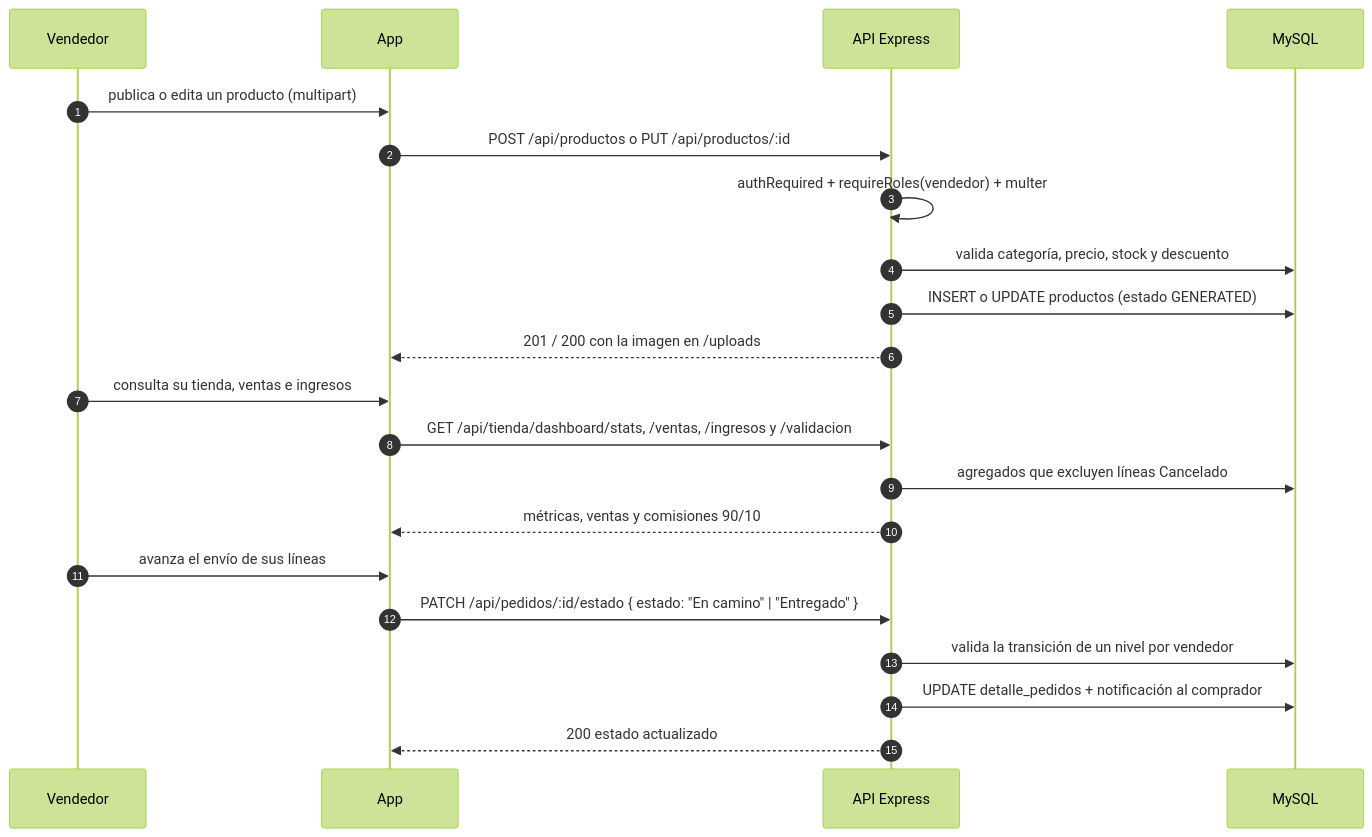
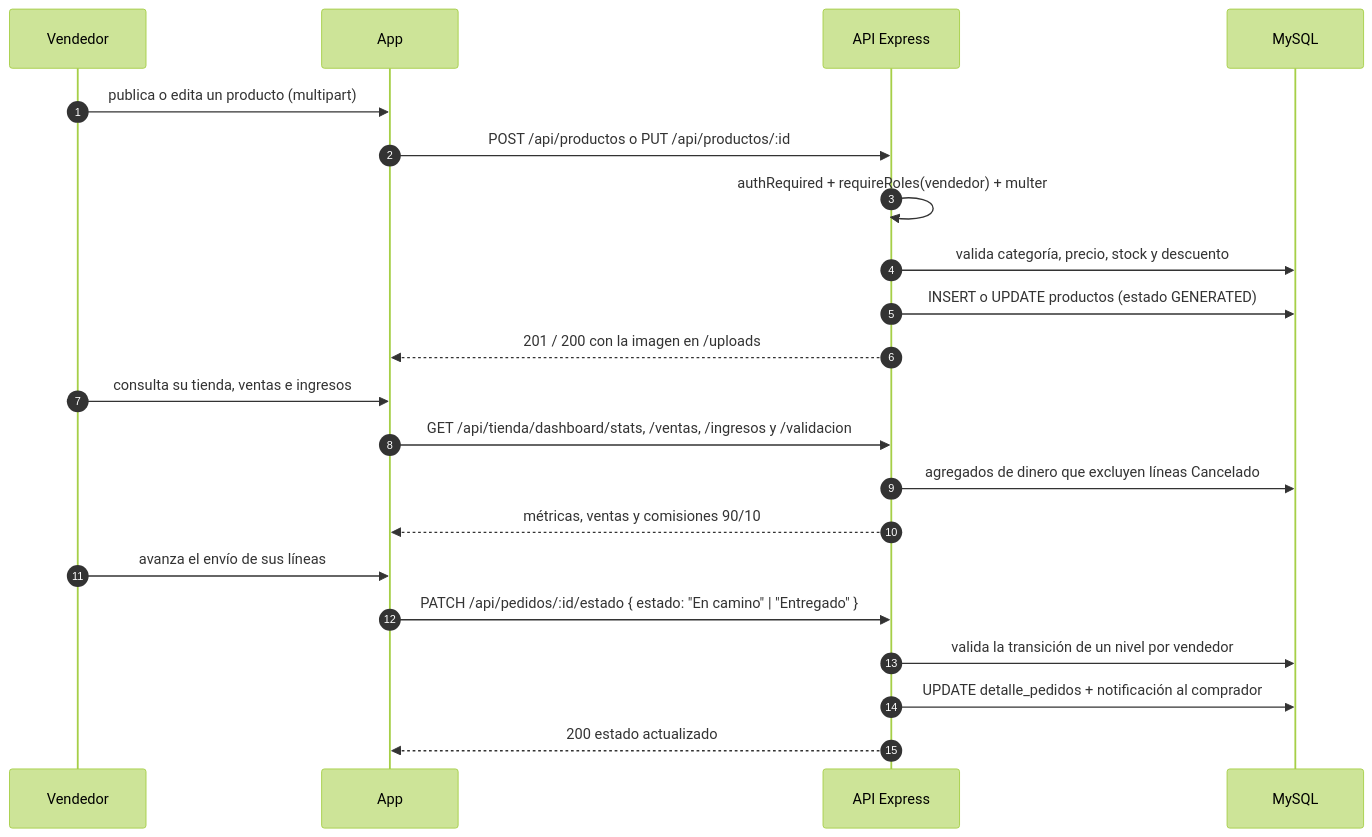
One commit to diegoSerna17/Commercity changed diagram 13 of 17 in README.md. Above: the diagram before and after it, drawn with Mermaid (forest theme). The commit also changed other lines of this file, not shown here.

Commit message:
DOCS: ajusta precision de los flujos y diagramas de secuencia

````diff
--- a/README.md
+++ b/README.md
@@ -340,23 +340,23 @@
 ```mermaid
 sequenceDiagram
     autonumber
     participant V as Vendedor
     participant APP as App
     participant API as API Express
     participant DB as MySQL
     V->>APP: publica o edita un producto (multipart)
     APP->>API: POST /api/productos o PUT /api/productos/:id
     API->>API: authRequired + requireRoles(vendedor) + multer
     API->>DB: valida categoría, precio, stock y descuento
     API->>DB: INSERT o UPDATE productos (estado GENERATED)
     API-->>APP: 201 / 200 con la imagen en /uploads
     V->>APP: consulta su tienda, ventas e ingresos
     APP->>API: GET /api/tienda/dashboard/stats, /ventas, /ingresos y /validacion
-    API->>DB: agregados que excluyen líneas Cancelado
+    API->>DB: agregados de dinero que excluyen líneas Cancelado
     API-->>APP: métricas, ventas y comisiones 90/10
     V->>APP: avanza el envío de sus líneas
     APP->>API: PATCH /api/pedidos/:id/estado { estado: "En camino" | "Entregado" }
     API->>DB: valida la transición de un nivel por vendedor
     API->>DB: UPDATE detalle_pedidos + notificación al comprador
     API-->>APP: 200 estado actualizado
 ```
````
